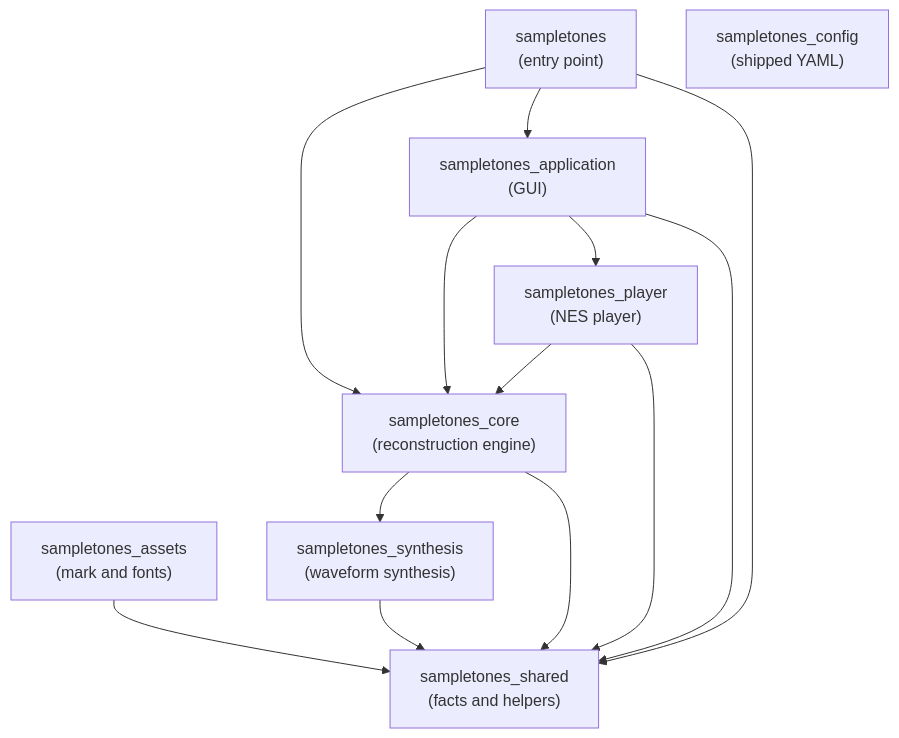
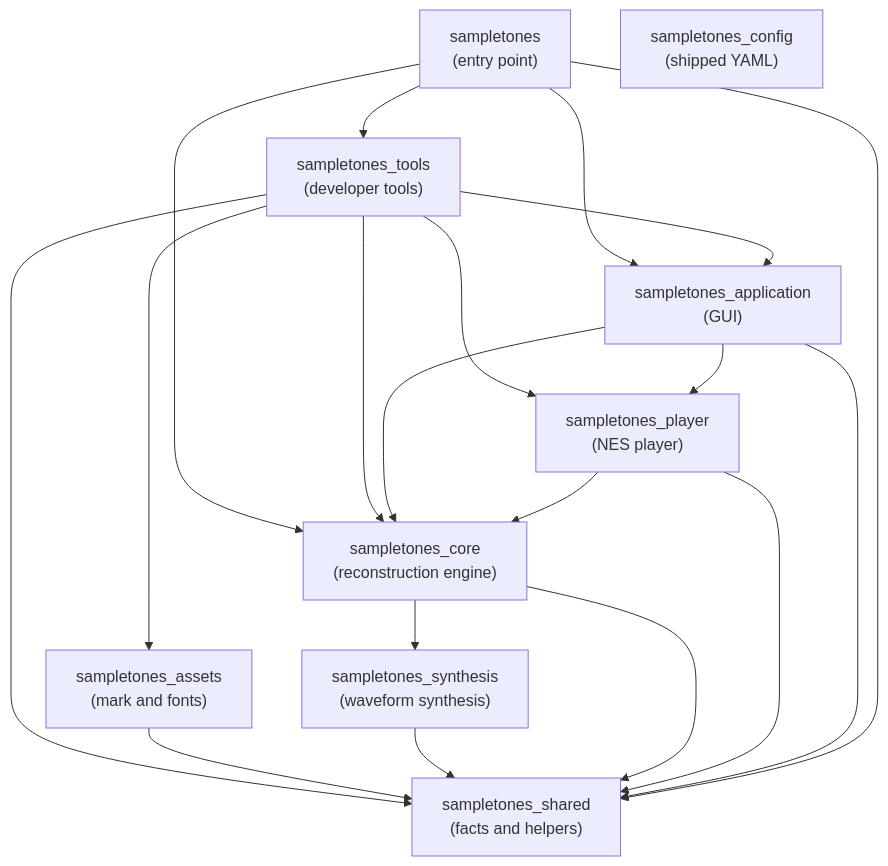
The diagram in docs/development/packages.md (JakimPL/SampleToNES), drawn with Mermaid before and after one commit. The commit also changed other lines of this file and 14 other files, not shown here.

````diff
--- a/docs/development/packages.md
+++ b/docs/development/packages.md
@@ -17,24 +17,31 @@
 ```mermaid
 graph TD
     ENTRY["sampletones\n(entry point)"]
+    TOOLS["sampletones_tools\n(developer tools)"]
     APP["sampletones_application\n(GUI)"]
     PLAYER["sampletones_player\n(NES player)"]
     CORE["sampletones_core\n(reconstruction engine)"]
     SYNTH["sampletones_synthesis\n(waveform synthesis)"]
     ASSETS["sampletones_assets\n(mark and fonts)"]
     SHARED["sampletones_shared\n(facts and helpers)"]
     CONFIG["sampletones_config\n(shipped YAML)"]
 
     ENTRY --> APP
     ENTRY --> CORE
+    ENTRY --> TOOLS
+    TOOLS --> APP
+    TOOLS --> PLAYER
+    TOOLS --> CORE
+    TOOLS --> ASSETS
+    TOOLS --> SHARED
     APP --> PLAYER
     APP --> CORE
     PLAYER --> CORE
     CORE --> SYNTH
     ASSETS --> SHARED
     SYNTH --> SHARED
     CORE --> SHARED
     PLAYER --> SHARED
     APP --> SHARED
     ENTRY --> SHARED
 ```
````
